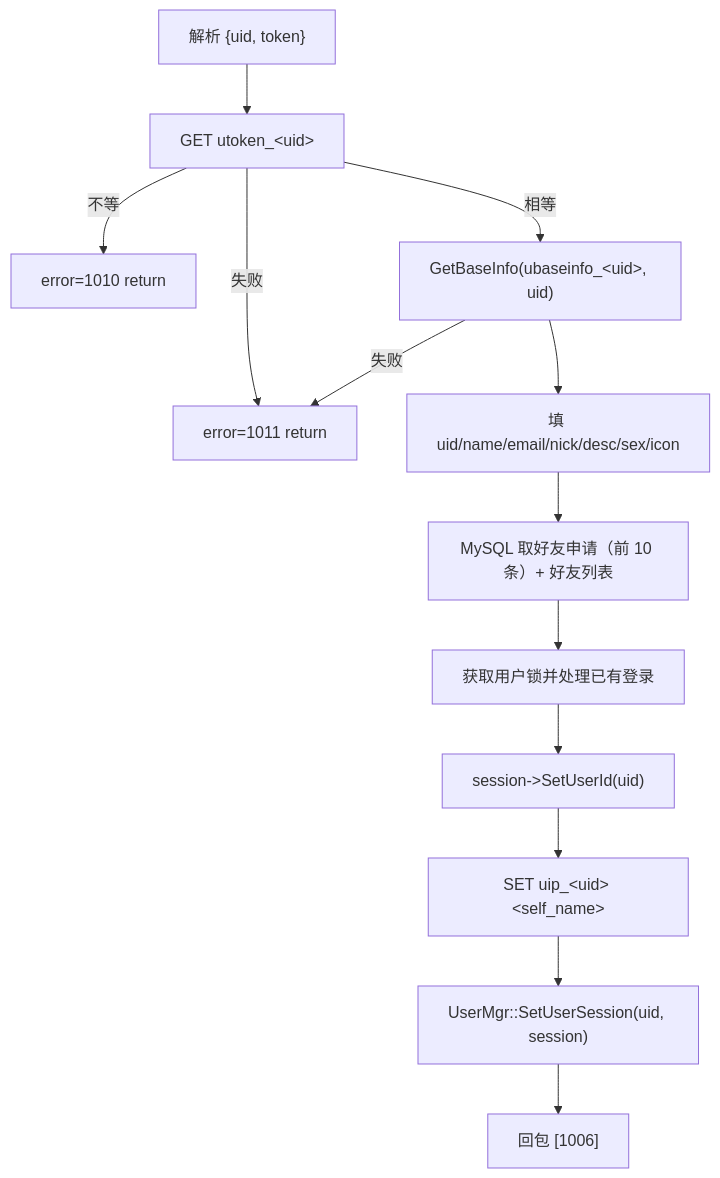
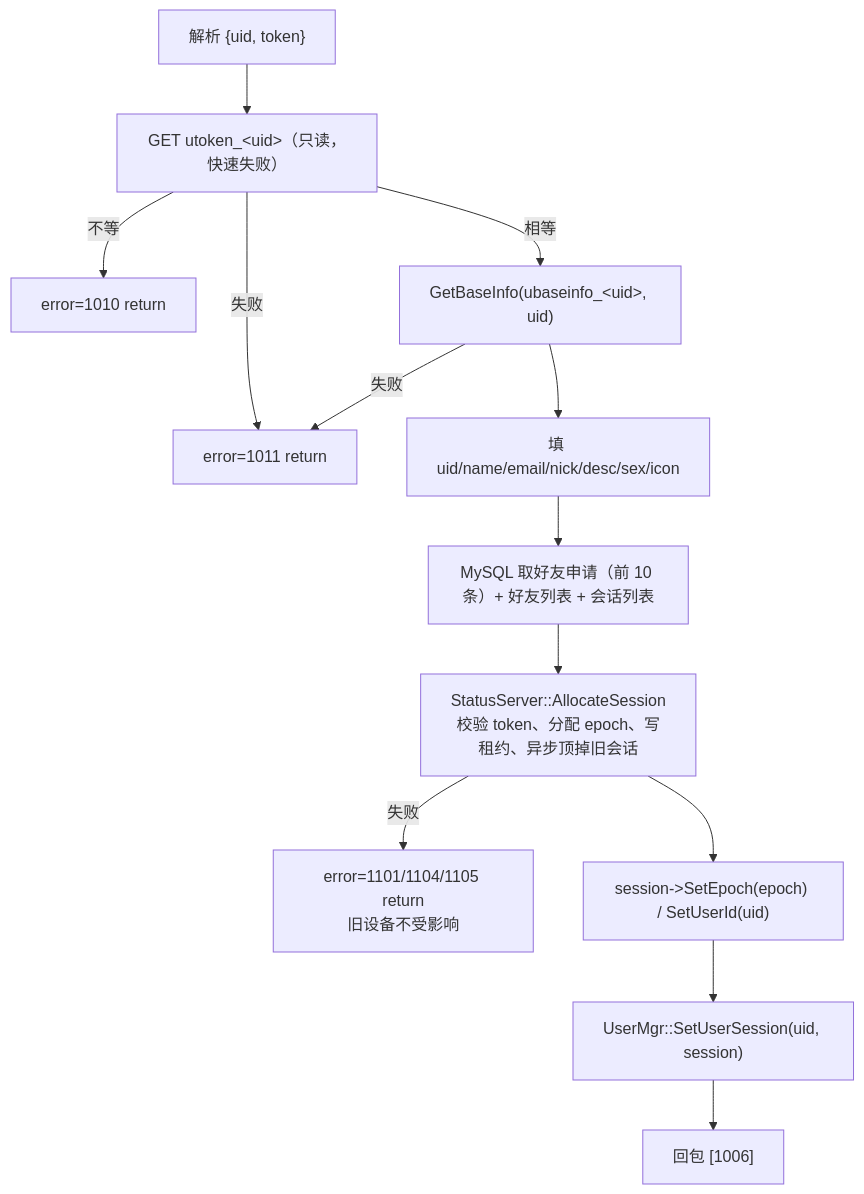
One commit to yrc920/yunjian changed the fourth of 5 diagrams in docs/09-chat-server.md. Above: the diagram before and after it, drawn with Mermaid. The commit also changed other lines of this file and 73 other files, not shown here.

````diff
--- a/docs/09-chat-server.md
+++ b/docs/09-chat-server.md
@@ -132,15 +136,15 @@
 ```mermaid
 flowchart TB
-    A["解析 {uid, token}"] --> B["GET utoken_#lt;uid#gt;"]
+    A["解析 {uid, token}"] --> B["GET utoken_#lt;uid#gt;（只读，快速失败）"]
     B -->|失败| E1["error=1011 return"]
     B -->|不等| E2["error=1010 return"]
     B -->|相等| C["GetBaseInfo(ubaseinfo_#lt;uid#gt;, uid)"]
     C -->|失败| E1
     C --> D["填 uid/name/email/nick/desc/sex/icon"]
-    D --> F["MySQL 取好友申请（前 10 条）+ 好友列表"]
-    F --> G["获取用户锁并处理已有登录"]
-    G --> H["session->SetUserId(uid)"]
-    H --> I["SET uip_#lt;uid#gt; #lt;self_name#gt;"]
-    I --> J["UserMgr::SetUserSession(uid, session)"]
+    D --> F["MySQL 取好友申请（前 10 条）+ 好友列表 + 会话列表"]
+    F --> G["StatusServer::AllocateSession<br/>校验 token、分配 epoch、写租约、异步顶掉旧会话"]
+    G -->|失败| E3["error=1101/1104/1105 return<br/>旧设备不受影响"]
+    G --> H["session->SetEpoch(epoch) / SetUserId(uid)"]
+    H --> J["UserMgr::SetUserSession(uid, session)"]
     J --> K["回包 [1006]"]
 ```
````
